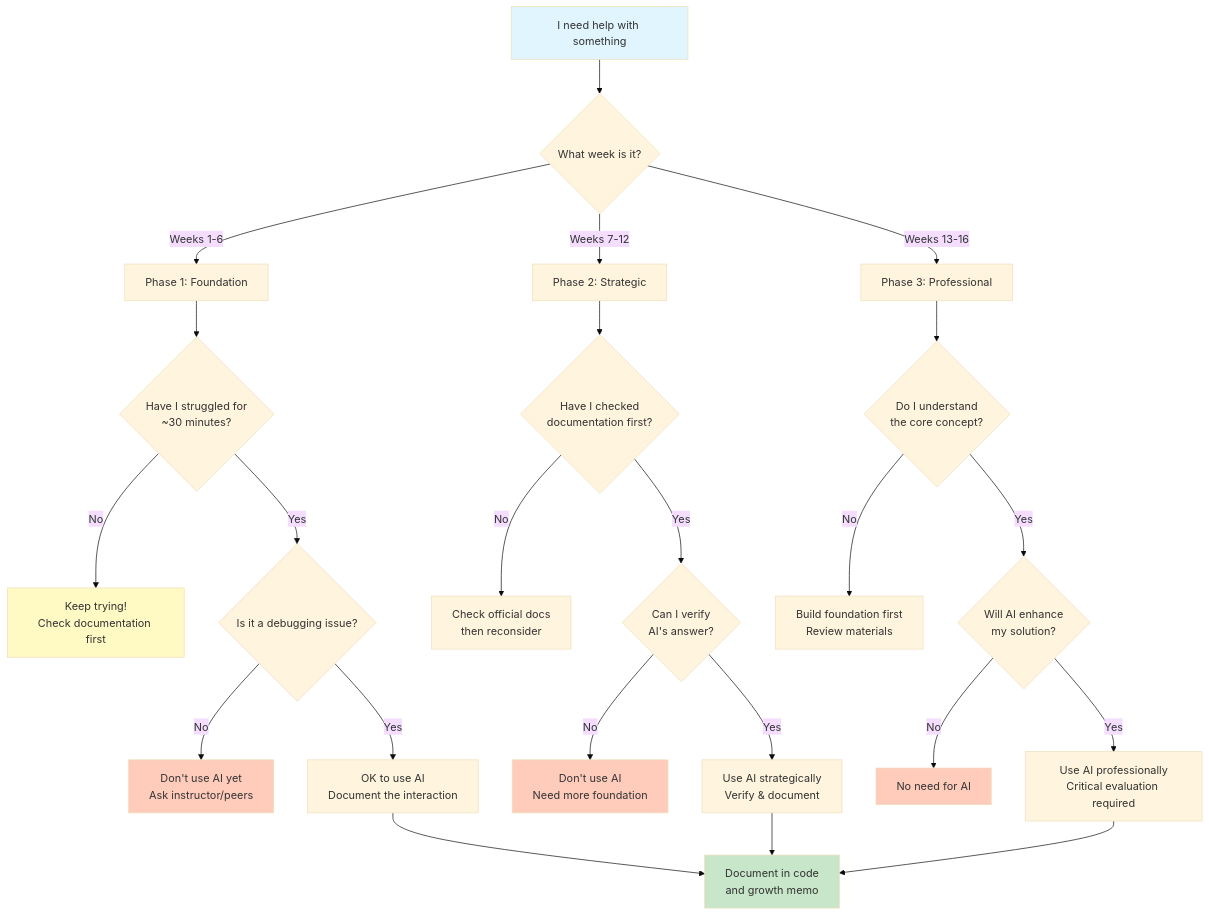
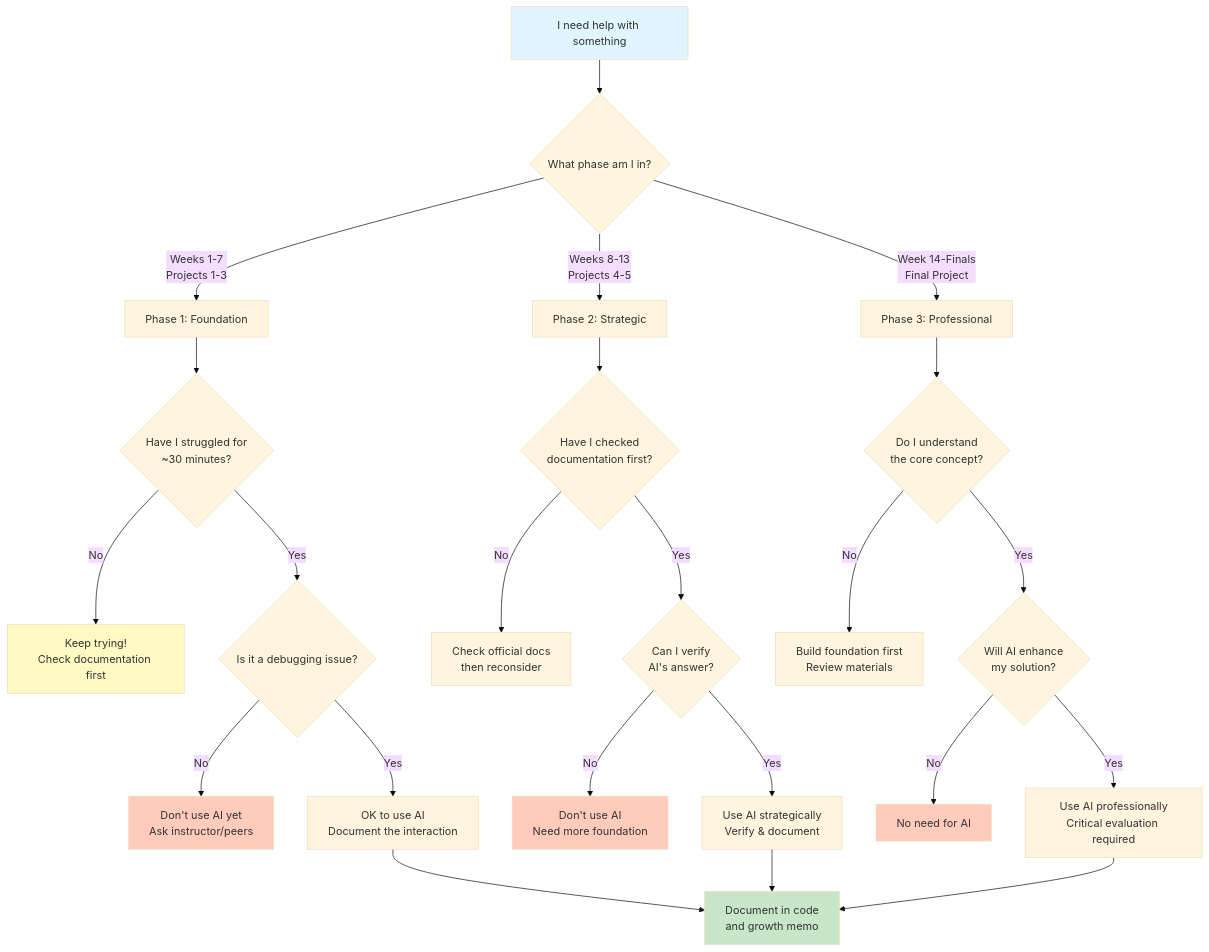
One commit to astrobytes-edu/astr596-modeling-universe changed the diagram in 01-course-info/03-astr596-ai-policy.md. Above: the diagram before and after it, drawn with Mermaid (base theme). The commit also changed other lines of this file and 28 other files, not shown here.

````diff
--- a/01-course-info/03-astr596-ai-policy.md
+++ b/01-course-info/03-astr596-ai-policy.md
@@ -37,37 +138,37 @@
 ```mermaid
 flowchart TD
-    Start[I need help with something] --> Q1{What week is it?}
+    Start[I need help with something] --> Q1{What phase am I in?}
     
-    Q1 -->|Weeks 1-6| Phase1[Phase 1: Foundation]
-    Q1 -->|Weeks 7-12| Phase2[Phase 2: Strategic]
-    Q1 -->|Weeks 13-16| Phase3[Phase 3: Professional]
+    Q1 -->|Weeks 1-7<br/>Projects 1-3| Phase1[Phase 1: Foundation]
+    Q1 -->|Weeks 8-13<br/>Projects 4-5| Phase2[Phase 2: Strategic]
+    Q1 -->|Week 14-Finals<br/>Final Project| Phase3[Phase 3: Professional]
     
     Phase1 --> P1Q1{"Have I struggled for<br/>~30 minutes?"}
     P1Q1 -->|No| Struggle["Keep trying!<br/>Check documentation first"]
     P1Q1 -->|Yes| P1Q2{Is it a debugging issue?}
     P1Q2 -->|No| NoAI1["Don't use AI yet<br/>Ask instructor/peers"]
     P1Q2 -->|Yes| UseAI1["OK to use AI<br/>Document the interaction"]
     
     Phase2 --> P2Q1{"Have I checked<br/>documentation first?"}
     P2Q1 -->|No| CheckDocs["Check official docs<br/>then reconsider"]
     P2Q1 -->|Yes| P2Q2{"Can I verify<br/>AI's answer?"}
     P2Q2 -->|No| NoAI2["Don't use AI<br/>Need more foundation"]
     P2Q2 -->|Yes| UseAI2["Use AI strategically<br/>Verify & document"]
     
     Phase3 --> P3Q1{"Do I understand<br/>the core concept?"}
     P3Q1 -->|No| Foundation["Build foundation first<br/>Review materials"]
     P3Q1 -->|Yes| P3Q2{"Will AI enhance<br/>my solution?"}
     P3Q2 -->|No| NoNeed[No need for AI]
     P3Q2 -->|Yes| UseAI3["Use AI professionally<br/>Critical evaluation required"]
     
     UseAI1 --> Document["Document in code<br/>and growth memo"]
     UseAI2 --> Document
     UseAI3 --> Document
     
     style Start fill:#e1f5fe
     style Document fill:#c8e6c9
     style Struggle fill:#fff9c4
     style NoAI1 fill:#ffccbc
     style NoAI2 fill:#ffccbc
     style NoNeed fill:#ffccbc
 ```
````
